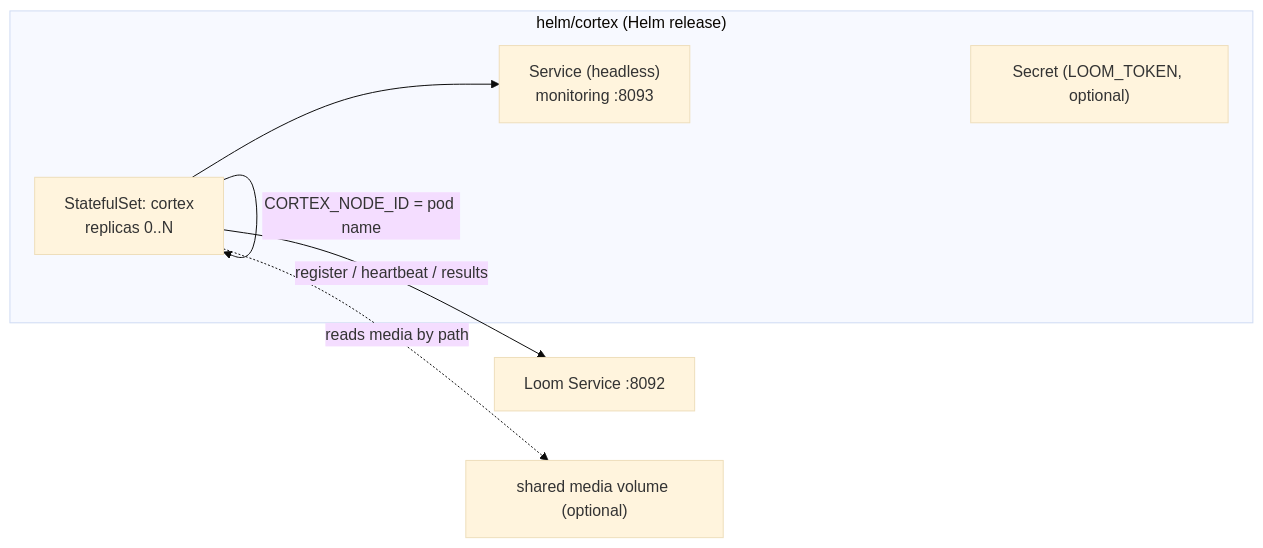
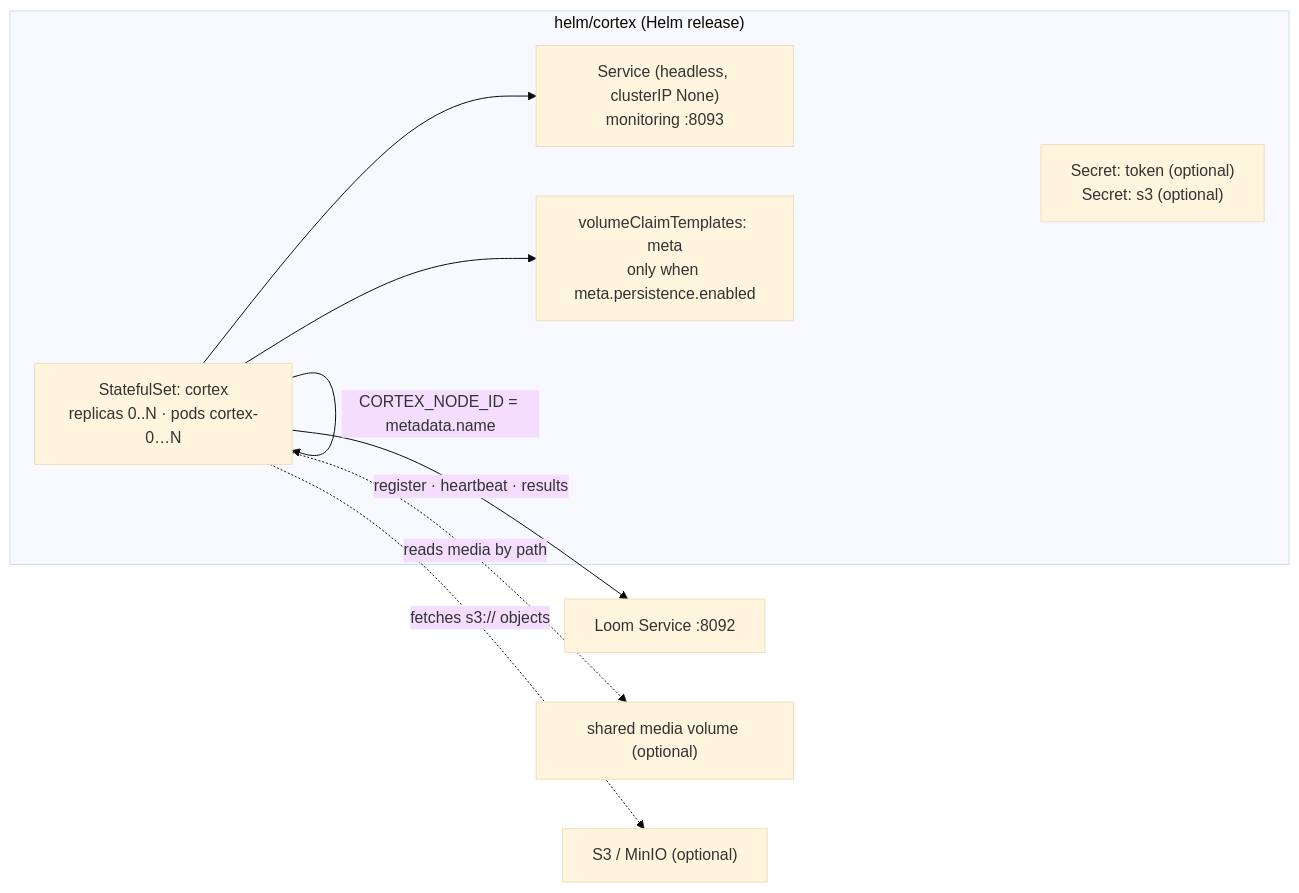
One commit to metaloom/metaloom changed the diagram in spec/features/helm/HELM_CORTEX.md. Above: the diagram before and after it, drawn with Mermaid (base theme). The commit also changed other lines of this file and 53 other files, not shown here.

````diff
--- a/spec/features/helm/HELM_CORTEX.md
+++ b/spec/features/helm/HELM_CORTEX.md
@@ -17,12 +21,15 @@
 ```mermaid
 graph LR
     subgraph chart["helm/cortex (Helm release)"]
-        STS["StatefulSet: cortex<br/>replicas 0..N"]
-        SVC["Service (headless)<br/>monitoring :8093"]
-        SEC["Secret (LOOM_TOKEN, optional)"]
+        STS["StatefulSet: cortex<br/>replicas 0..N · pods cortex-0…N"]
+        SVC["Service (headless, clusterIP None)<br/>monitoring :8093"]
+        SEC["Secret: token (optional)<br/>Secret: s3 (optional)"]
+        VCT["volumeClaimTemplates: meta<br/>only when meta.persistence.enabled"]
     end
-    STS -->|CORTEX_NODE_ID = pod name| STS
-    STS -->|register / heartbeat / results| LOOM["Loom Service :8092"]
+    STS -->|CORTEX_NODE_ID = metadata.name| STS
+    STS -->|register · heartbeat · results| LOOM["Loom Service :8092"]
+    STS -.->|reads media by path| MEDIA["shared media volume (optional)"]
+    STS -.->|fetches s3:// objects| S3["S3 / MinIO (optional)"]
     STS --> SVC
-    STS -.->|reads media by path| MEDIA["shared media volume (optional)"]
+    STS --> VCT
 ```
````
